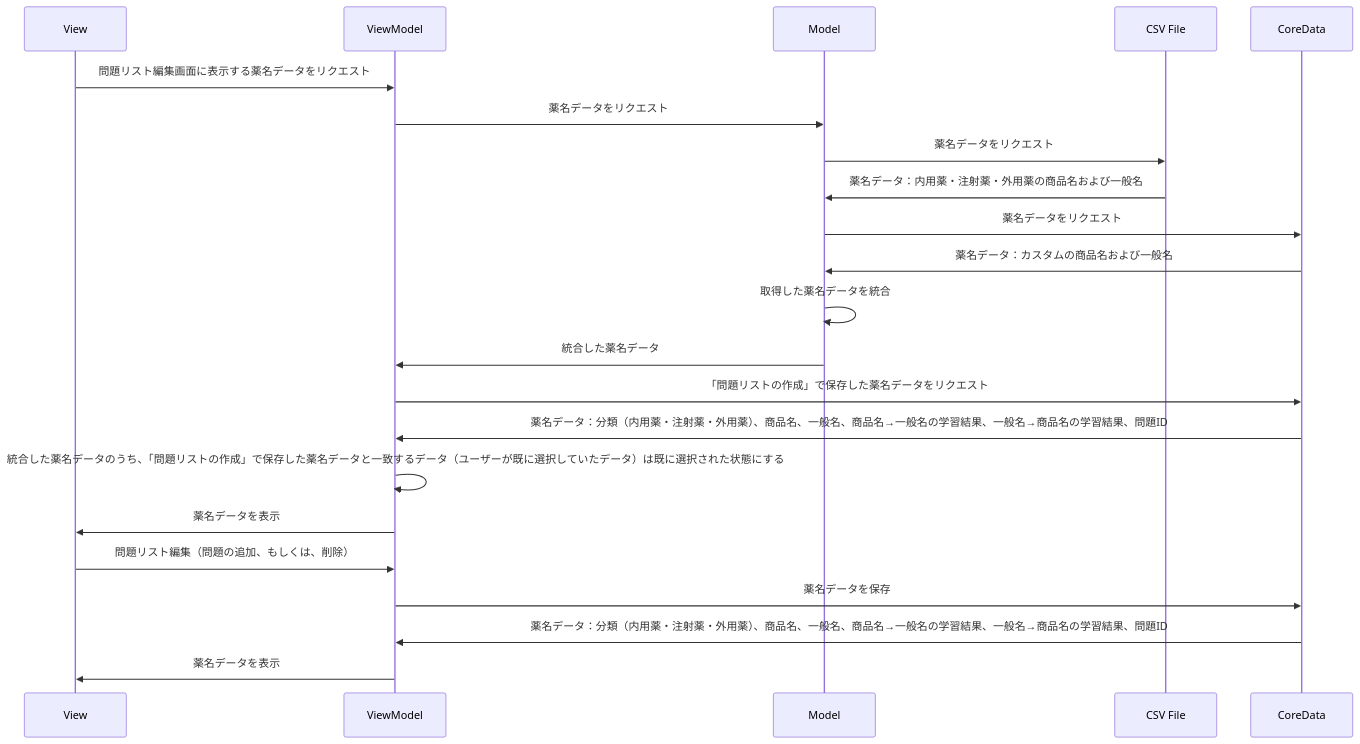
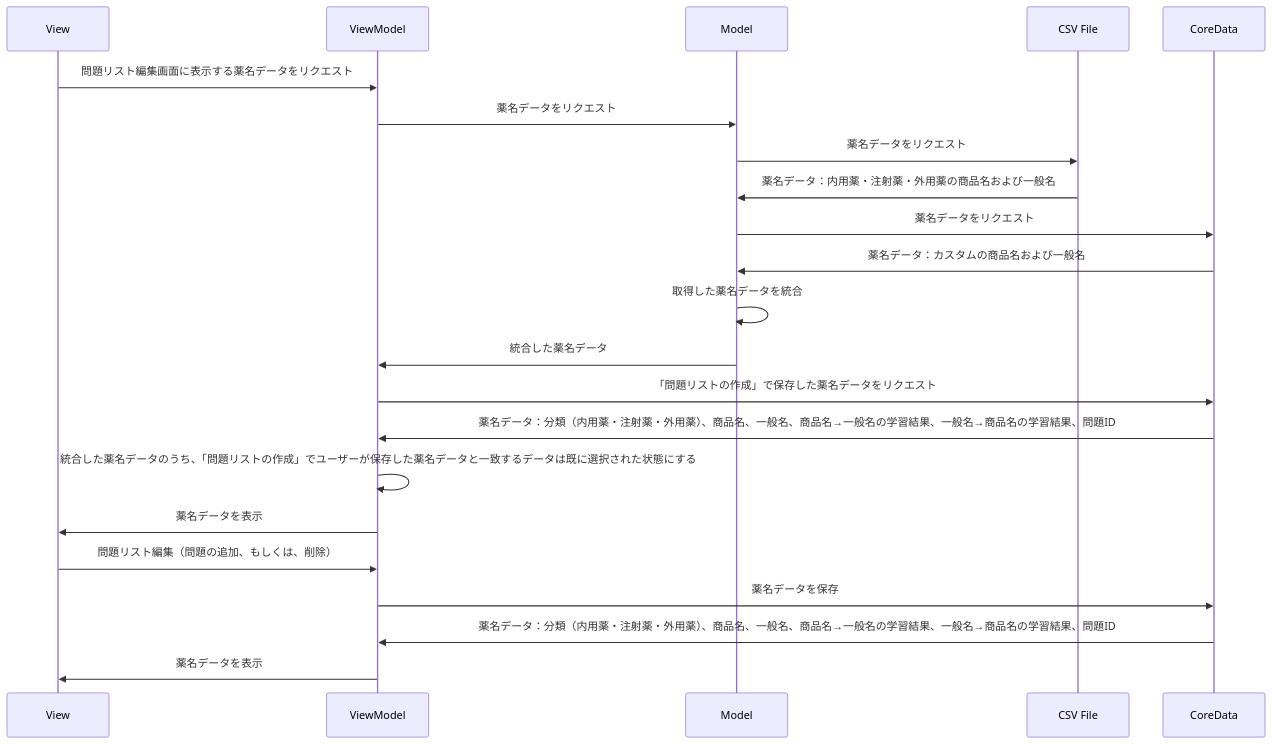
One commit to tas5521/MedicineNameQuiz changed the third of 5 diagrams in README.md. Above: the diagram before and after it, drawn with Mermaid.

Commit message:
#136 シーケンス図を修正

````diff
--- a/README.md
+++ b/README.md
@@ -179,24 +179,24 @@
 ```mermaid
 sequenceDiagram
     participant View
     participant ViewModel
     participant Model
     participant CSV File
     participant CoreData
     View->>ViewModel: 問題リスト編集画面に表示する薬名データをリクエスト
     ViewModel->>Model: 薬名データをリクエスト
     Model->>CSV File: 薬名データをリクエスト
     CSV File->>Model: 薬名データ：内用薬・注射薬・外用薬の商品名および一般名
     Model->>CoreData: 薬名データをリクエスト
     CoreData->>Model: 薬名データ：カスタムの商品名および一般名
     Model->>Model: 取得した薬名データを統合
     Model->>ViewModel: 統合した薬名データ
     ViewModel->>CoreData: 「問題リストの作成」で保存した薬名データをリクエスト
     CoreData->>ViewModel: 薬名データ：分類（内用薬・注射薬・外用薬）、商品名、一般名、商品名→一般名の学習結果、一般名→商品名の学習結果、問題ID
-    ViewModel->>ViewModel: 統合した薬名データのうち、「問題リストの作成」で保存した薬名データと一致するデータ（ユーザーが既に選択していたデータ）は既に選択された状態にする
+    ViewModel->>ViewModel: 統合した薬名データのうち、「問題リストの作成」でユーザーが保存した薬名データと一致するデータは既に選択された状態にする
     ViewModel->>View: 薬名データを表示
     View->>ViewModel: 問題リスト編集（問題の追加、もしくは、削除）
     ViewModel->>CoreData: 薬名データを保存
     CoreData->>ViewModel: 薬名データ：分類（内用薬・注射薬・外用薬）、商品名、一般名、商品名→一般名の学習結果、一般名→商品名の学習結果、問題ID
     ViewModel->>View: 薬名データを表示
 ```
````
